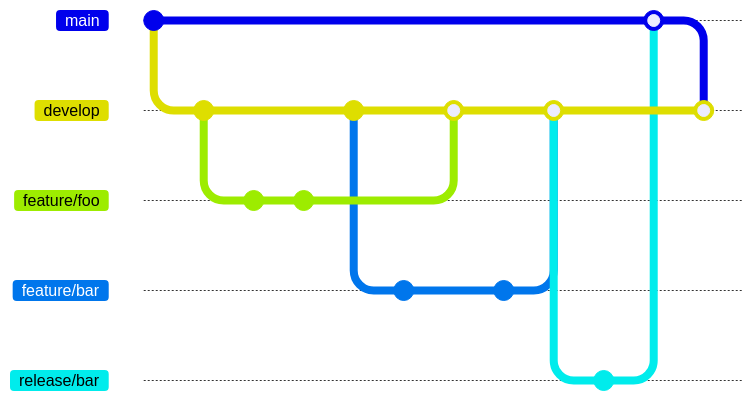
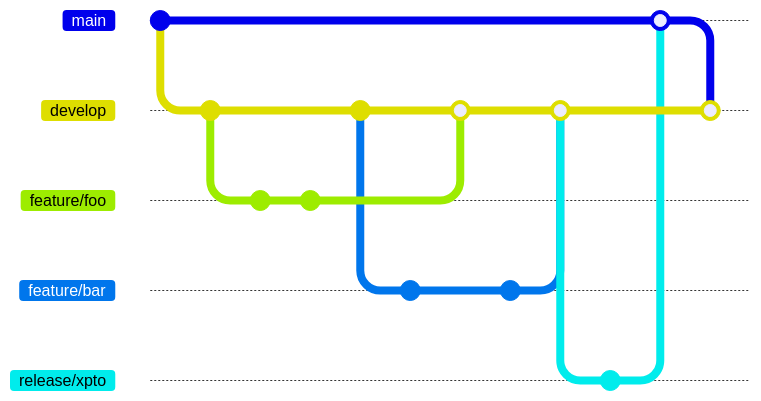
The second of 2 diagrams in docs/Git e GitHub/Branching e Merging.md (murilobeltrame/vsd-cloud-e-devops), drawn with Mermaid before and after one commit. The commit also changed other lines of this file, not shown here. Commit ids are hidden.

````diff
--- a/docs/Git e GitHub/Branching e Merging.md
+++ b/docs/Git e GitHub/Branching e Merging.md
@@ -12,29 +34,29 @@
 ```mermaid
 gitGraph
     commit
     branch develop
     checkout develop
     commit
     branch feature/foo
     checkout feature/foo
     commit
     commit
     checkout develop
     commit
     branch feature/bar
     checkout feature/bar
     commit
     checkout develop
     merge feature/foo
     checkout feature/bar
     commit
     checkout develop
     merge feature/bar
-    branch release/bar
-    checkout release/bar
+    branch release/xpto
+    checkout release/xpto
     commit
     checkout main
-    merge release/bar
+    merge release/xpto
     checkout develop
     merge main
 ```
````
